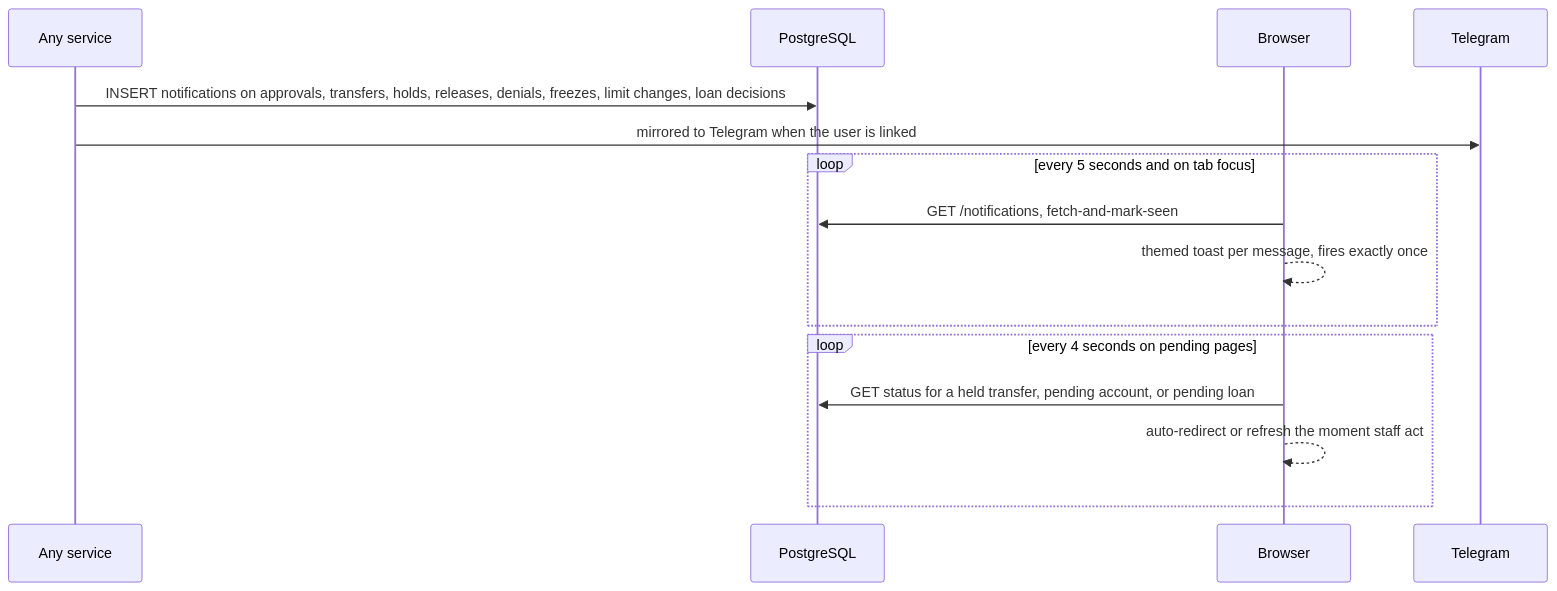
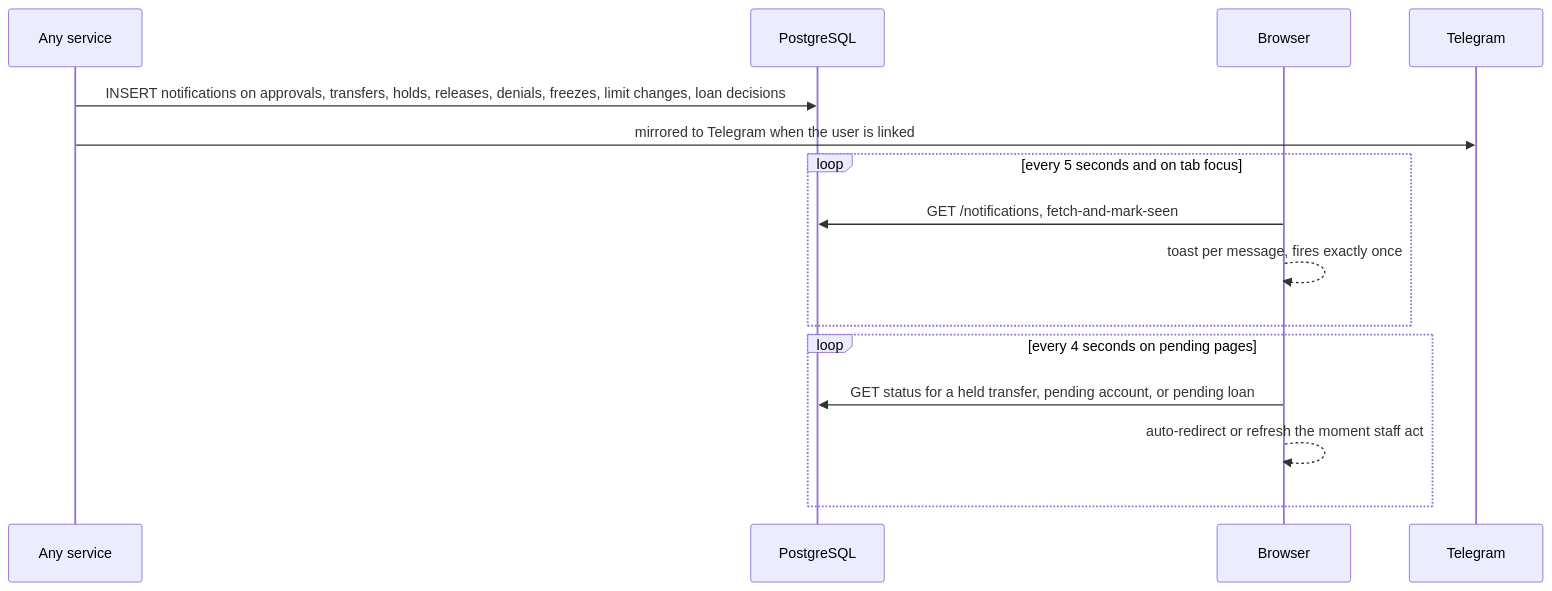
Diagram 12 of 14 in docs/FLOWS.md (cthyuiii/FerroBank), drawn with Mermaid before and after one commit. The commit also changed other lines of this file and 5 other files, not shown here.

````diff
--- a/docs/FLOWS.md
+++ b/docs/FLOWS.md
@@ -271,18 +278,18 @@
 ```mermaid
 sequenceDiagram
     participant SV as Any service
     participant P as PostgreSQL
     participant B as Browser
     participant T as Telegram
 
     SV->>P: INSERT notifications on approvals, transfers, holds, releases, denials, freezes, limit changes, loan decisions
     SV->>T: mirrored to Telegram when the user is linked
     loop every 5 seconds and on tab focus
         B->>P: GET /notifications, fetch-and-mark-seen
-        B-->>B: themed toast per message, fires exactly once
+        B-->>B: toast per message, fires exactly once
     end
     loop every 4 seconds on pending pages
         B->>P: GET status for a held transfer, pending account, or pending loan
         B-->>B: auto-redirect or refresh the moment staff act
     end
 ```
````
